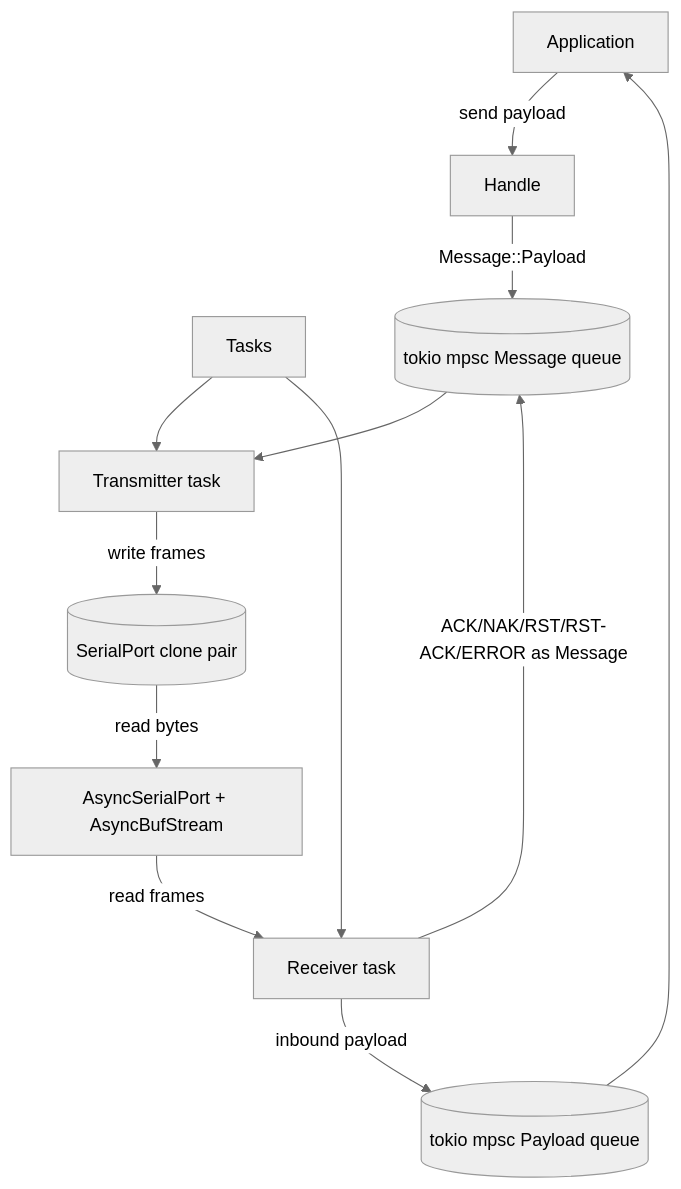
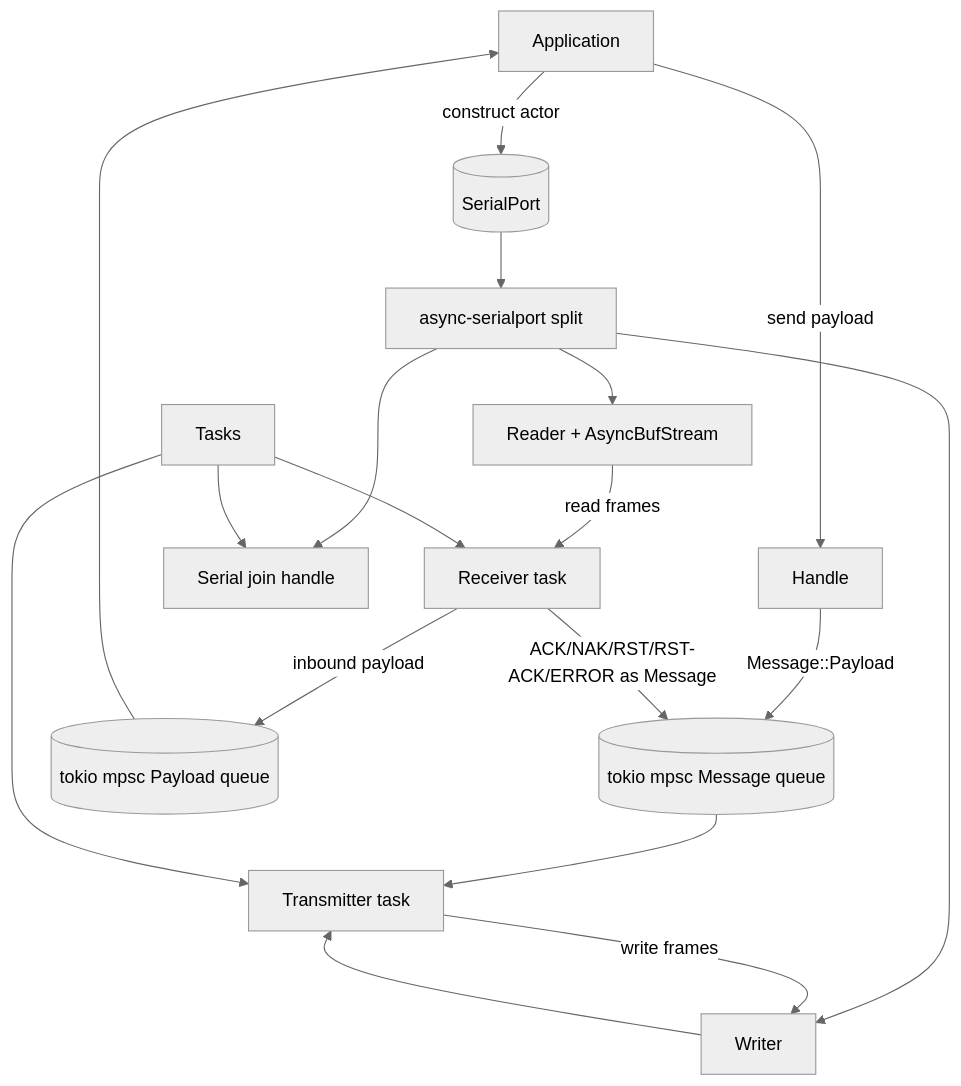
Before and after one commit to PaulmannLighting/ashv2: the first of 4 diagrams in ARCHITECTURE.md, drawn with Mermaid (neutral theme). The commit also changed other lines of this file and 4 other files, not shown here.

````diff
--- a/ARCHITECTURE.md
+++ b/ARCHITECTURE.md
@@ -17,24 +19,33 @@
 ```mermaid
 flowchart TD
     App[Application]
     Handle[Handle]
     Tasks[Tasks]
     Tx[Transmitter task]
     Rx[Receiver task]
-    AsyncSerial[AsyncSerialPort + AsyncBufStream]
+    Split[async-serialport split]
+    Reader[Reader + AsyncBufStream]
+    Writer[Writer]
+    Join[Serial join handle]
     MsgQ[(tokio mpsc Message queue)]
     RespQ[(tokio mpsc Payload queue)]
-    Serial[(SerialPort clone pair)]
+    Serial[(SerialPort)]
 
     App -->|send payload| Handle
+    App -->|construct actor| Serial
+    Serial --> Split
+    Split --> Reader
+    Split --> Writer
+    Split --> Join
     Handle -->|Message::Payload| MsgQ
     MsgQ --> Tx
-    Tx -->|write frames| Serial
-    Serial -->|read bytes| AsyncSerial
-    AsyncSerial -->|read frames| Rx
+    Writer --> Tx
+    Tx -->|write frames| Writer
+    Reader -->|read frames| Rx
     Rx -->|inbound payload| RespQ
     RespQ --> App
     Rx -->|ACK/NAK/RST/RST-ACK/ERROR as Message| MsgQ
     Tasks --> Tx
     Tasks --> Rx
+    Tasks --> Join
 ```
````
